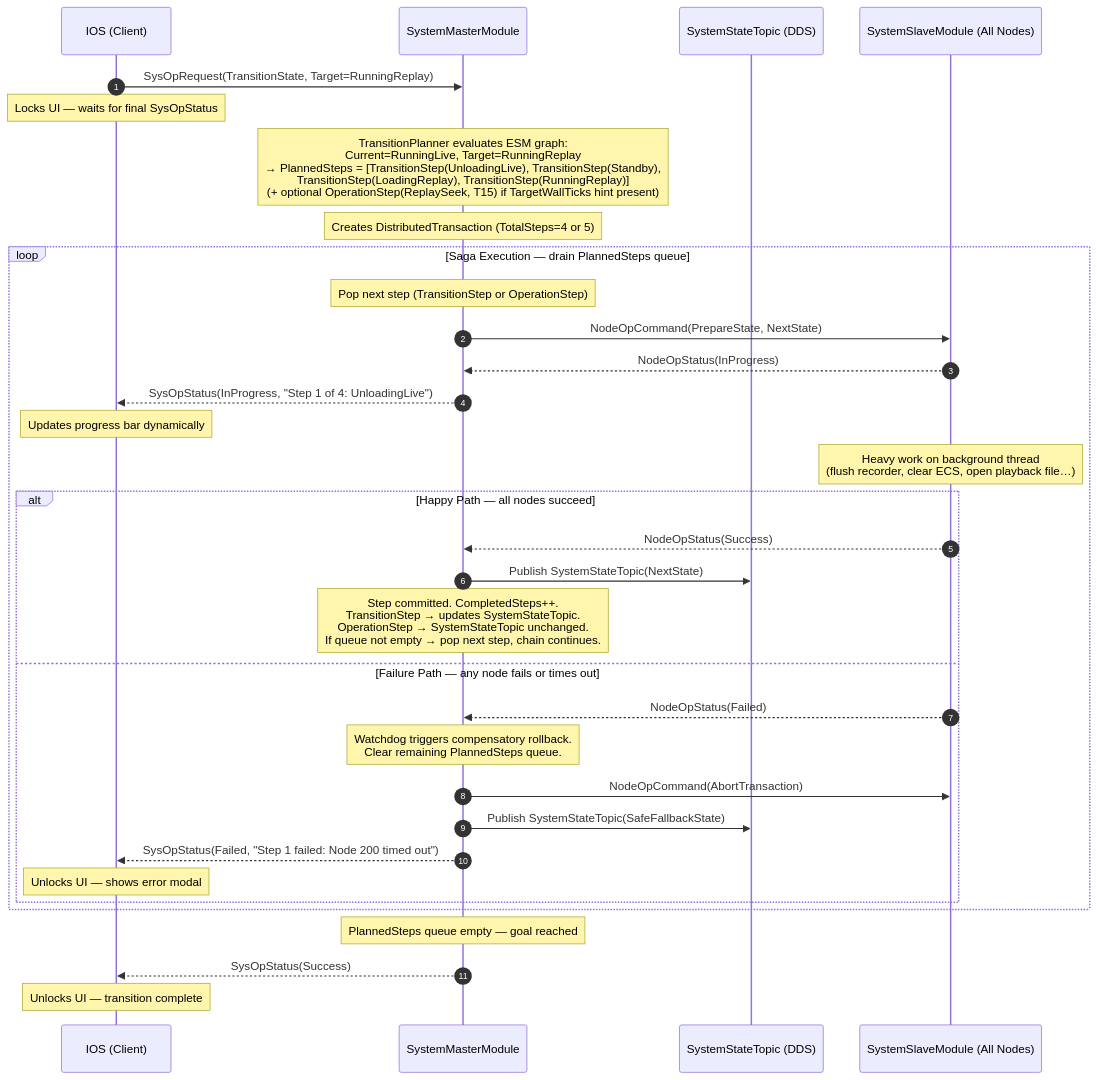
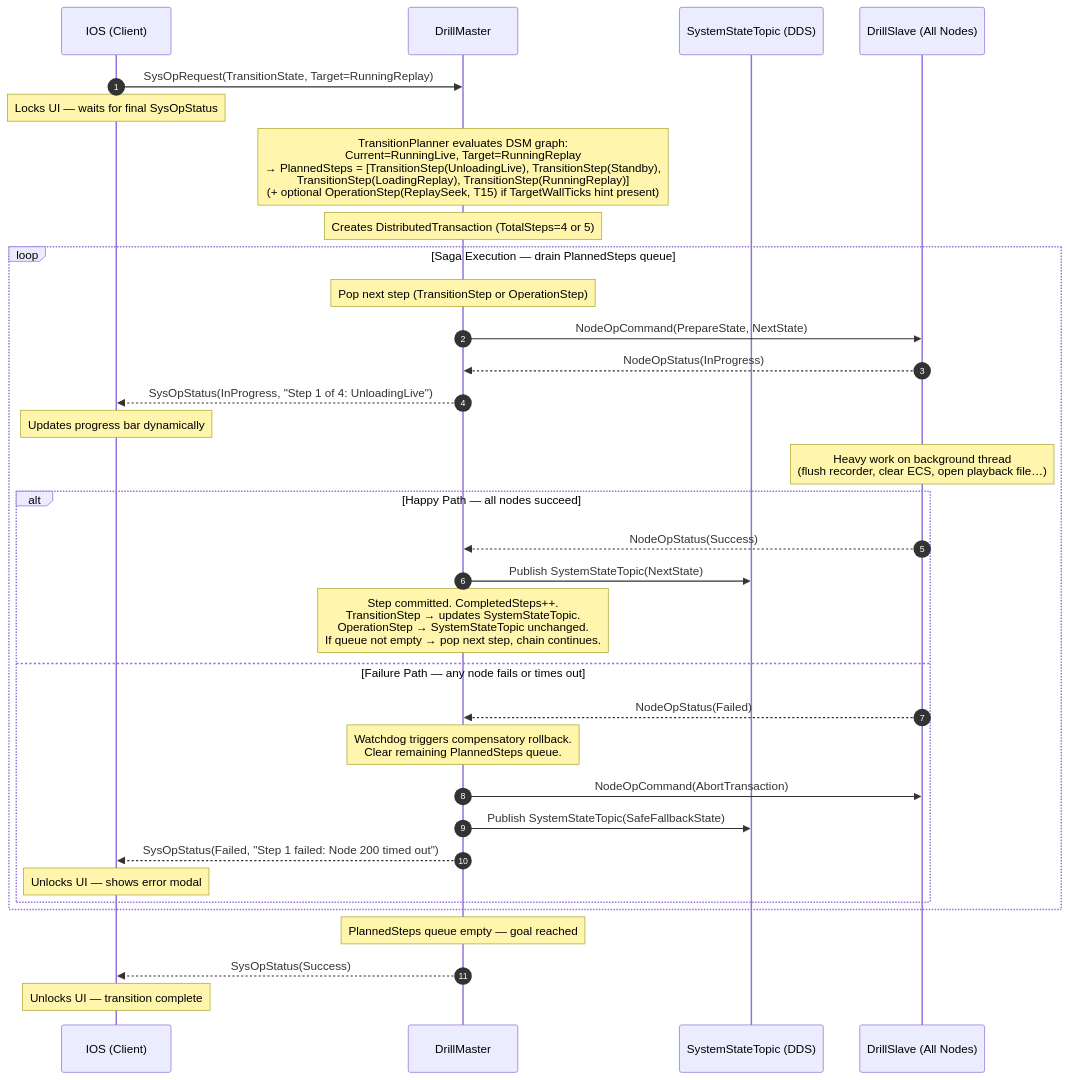
Before and after one commit to pjanec/HROT: the second of 11 diagrams in docs/rec-plb-mgmt/DESIGN.md, drawn with Mermaid. The commit also changed other lines of this file and 4 other files, not shown here.

Commit message:
docs: exercise now called drill, and exercise state machine is now DSM (drill state machine) for consistency

````diff
--- a/docs/rec-plb-mgmt/DESIGN.md
+++ b/docs/rec-plb-mgmt/DESIGN.md
@@ -670,42 +670,42 @@
 ```mermaid
 sequenceDiagram
     autonumber
     participant IOS as IOS (Client)
-    participant Master as SystemMasterModule
+    participant Master as DrillMaster
     participant Topic as SystemStateTopic (DDS)
-    participant Slaves as SystemSlaveModule (All Nodes)
+    participant Slaves as DrillSlave (All Nodes)
 
     IOS->>Master: SysOpRequest(TransitionState, Target=RunningReplay)
     Note over IOS: Locks UI — waits for final SysOpStatus
 
-    Note over Master: TransitionPlanner evaluates ESM graph:<br/>Current=RunningLive, Target=RunningReplay<br/>→ PlannedSteps = [TransitionStep(UnloadingLive), TransitionStep(Standby),<br/>   TransitionStep(LoadingReplay), TransitionStep(RunningReplay)]<br/>   (+ optional OperationStep(ReplaySeek, T15) if TargetWallTicks hint present)
+    Note over Master: TransitionPlanner evaluates DSM graph:<br/>Current=RunningLive, Target=RunningReplay<br/>→ PlannedSteps = [TransitionStep(UnloadingLive), TransitionStep(Standby),<br/>   TransitionStep(LoadingReplay), TransitionStep(RunningReplay)]<br/>   (+ optional OperationStep(ReplaySeek, T15) if TargetWallTicks hint present)
     Note over Master: Creates DistributedTransaction (TotalSteps=4 or 5)
 
     loop Saga Execution — drain PlannedSteps queue
         Note over Master: Pop next step (TransitionStep or OperationStep)
         Master->>Slaves: NodeOpCommand(PrepareState, NextState)
 
         Slaves-->>Master: NodeOpStatus(InProgress)
         Master-->>IOS: SysOpStatus(InProgress, "Step 1 of 4: UnloadingLive")
         Note over IOS: Updates progress bar dynamically
 
         Note over Slaves: Heavy work on background thread<br/>(flush recorder, clear ECS, open playback file…)
 
         alt Happy Path — all nodes succeed
             Slaves-->>Master: NodeOpStatus(Success)
             Master->>Topic: Publish SystemStateTopic(NextState)
             Note over Master: Step committed. CompletedSteps++.<br/>TransitionStep → updates SystemStateTopic.<br/>OperationStep → SystemStateTopic unchanged.<br/>If queue not empty → pop next step, chain continues.
         else Failure Path — any node fails or times out
             Slaves-->>Master: NodeOpStatus(Failed)
             Note over Master: Watchdog triggers compensatory rollback.<br/>Clear remaining PlannedSteps queue.
             Master->>Slaves: NodeOpCommand(AbortTransaction)
             Master->>Topic: Publish SystemStateTopic(SafeFallbackState)
             Master-->>IOS: SysOpStatus(Failed, "Step 1 failed: Node 200 timed out")
             Note over IOS: Unlocks UI — shows error modal
         end
     end
 
     Note over Master: PlannedSteps queue empty — goal reached
     Master-->>IOS: SysOpStatus(Success)
     Note over IOS: Unlocks UI — transition complete
 ```
````
